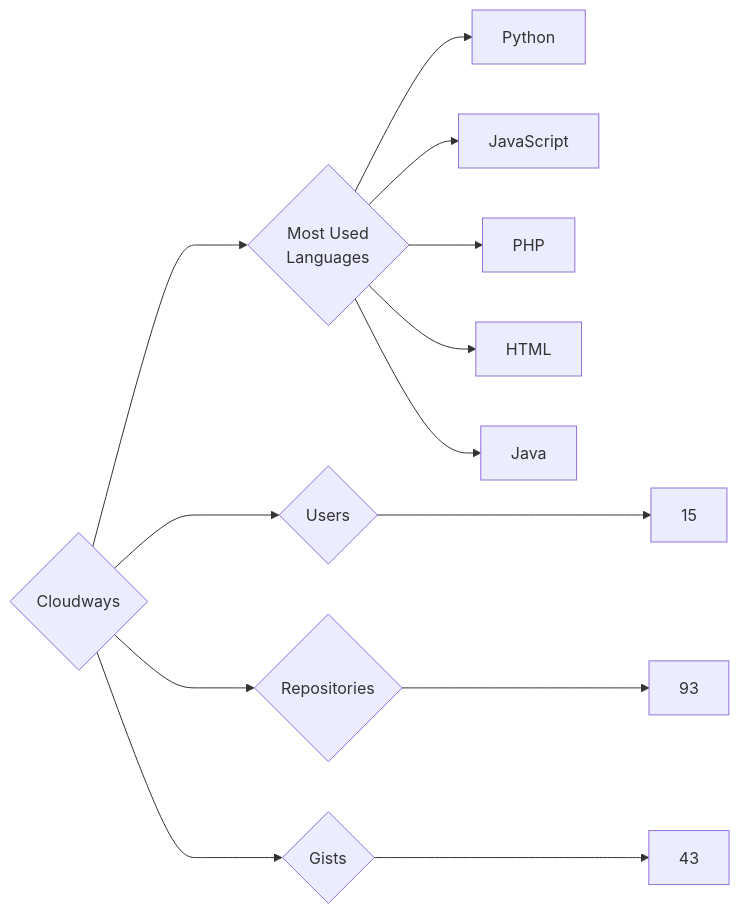
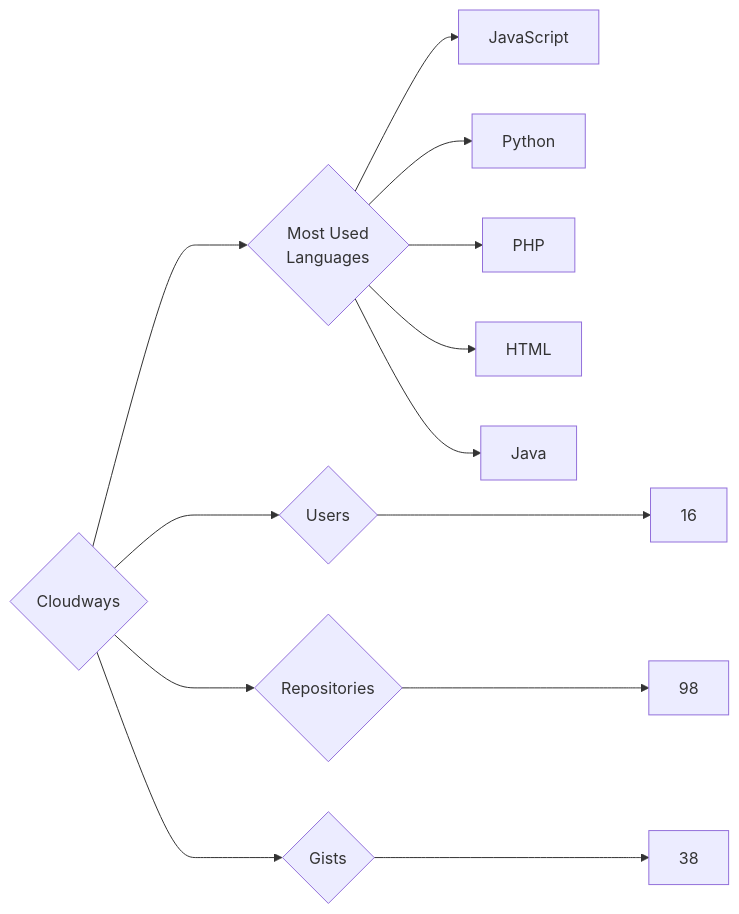
The diagram in targets/Cloudways/README.md (trickest/insiders), drawn with Mermaid before and after one commit. The commit also changed 1030 other files, not shown here.

````diff
--- a/targets/Cloudways/README.md
+++ b/targets/Cloudways/README.md
@@ -3,13 +3,13 @@
 ```mermaid
 graph LR
 COMPANY_NAME{Cloudways}
-COMPANY_NAME ---> U{Users} ---> UN[15]
-COMPANY_NAME ---> R{Repositories} ---> RN[93]
-COMPANY_NAME ---> G{Gists} ---> GN[43]
+COMPANY_NAME ---> U{Users} ---> UN[16]
+COMPANY_NAME ---> R{Repositories} ---> RN[98]
+COMPANY_NAME ---> G{Gists} ---> GN[38]
 COMPANY_NAME ---> ML{Most Used<br>Languages}
+ML --> JavaScript[JavaScript]
 ML --> Python[Python]
-ML --> JavaScript[JavaScript]
 ML --> PHP[PHP]
 ML --> HTML[HTML]
 ML --> Java[Java]
 ```
````
